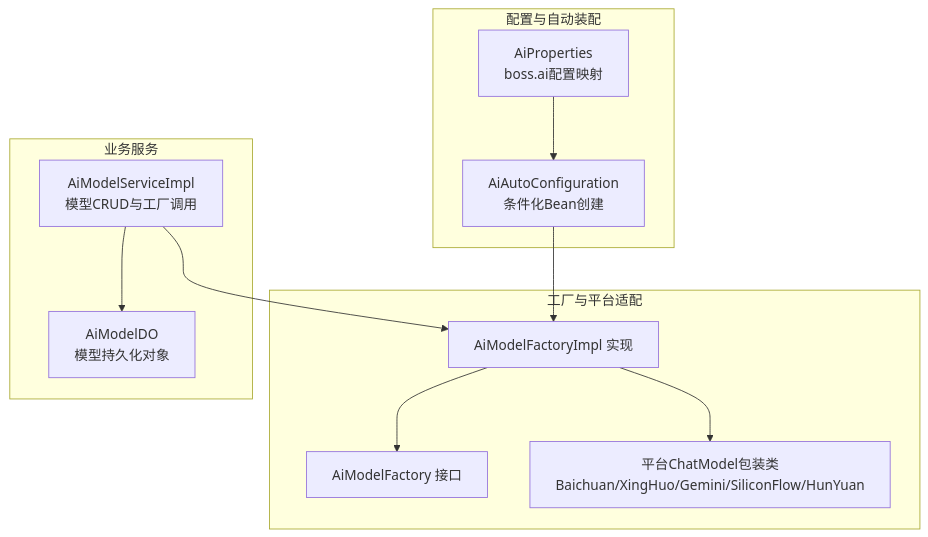
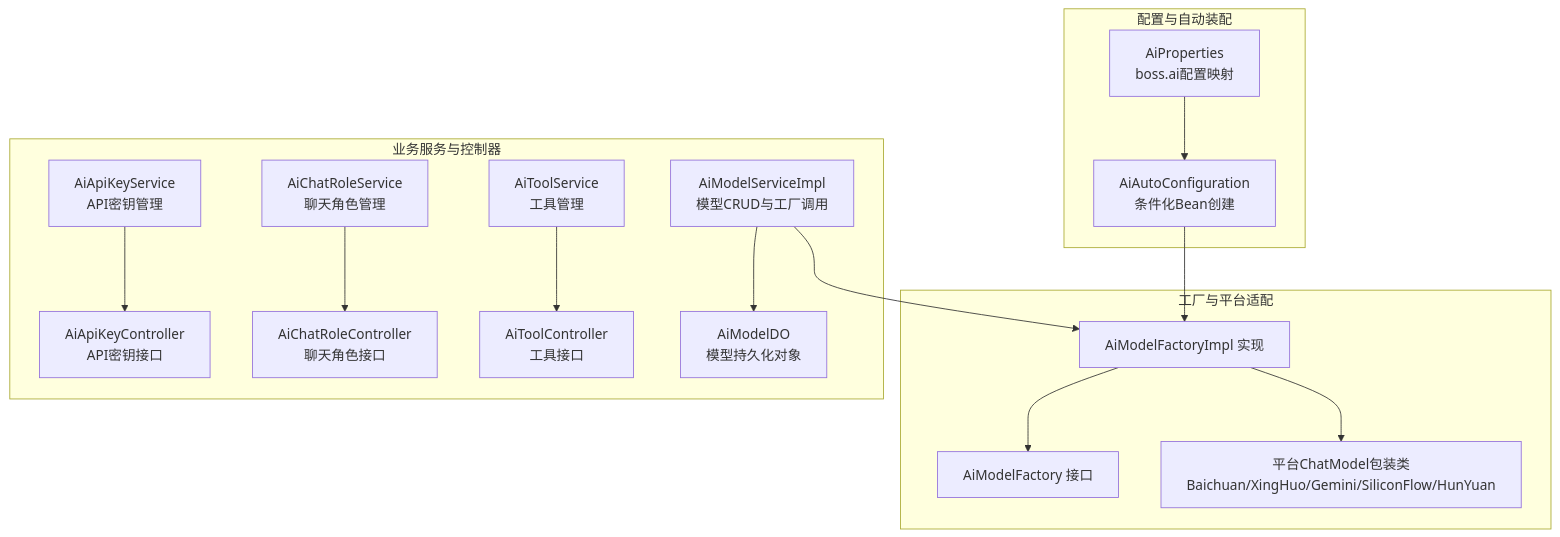
The first of 8 diagrams in .qoder/repowiki/zh/content/AI模型管理/AI模型管理.md (X555LB/data-ai), drawn with Mermaid before and after one commit. The commit also changed other lines of this file and 11 other files, not shown here.

````diff
--- a/.qoder/repowiki/zh/content/AI模型管理/AI模型管理.md
+++ b/.qoder/repowiki/zh/content/AI模型管理/AI模型管理.md
@@ -45,22 +61,31 @@
 ```mermaid
 graph TB
 subgraph "配置与自动装配"
 A["AiAutoConfiguration<br/>条件化Bean创建"]
 B["AiProperties<br/>boss.ai配置映射"]
 end
 subgraph "工厂与平台适配"
 C["AiModelFactory 接口"]
 D["AiModelFactoryImpl 实现"]
 E["平台ChatModel包装类<br/>Baichuan/XingHuo/Gemini/SiliconFlow/HunYuan"]
 end
-subgraph "业务服务"
+subgraph "业务服务与控制器"
 F["AiModelServiceImpl<br/>模型CRUD与工厂调用"]
-G["AiModelDO<br/>模型持久化对象"]
+G["AiApiKeyService<br/>API密钥管理"]
+H["AiChatRoleService<br/>聊天角色管理"]
+I["AiToolService<br/>工具管理"]
+J["AiApiKeyController<br/>API密钥接口"]
+K["AiChatRoleController<br/>聊天角色接口"]
+L["AiToolController<br/>工具接口"]
+M["AiModelDO<br/>模型持久化对象"]
 end
 A --> D
 B --> A
 D --> C
 D --> E
 F --> D
-F --> G
+F --> M
+G --> J
+H --> K
+I --> L
 ```
````
